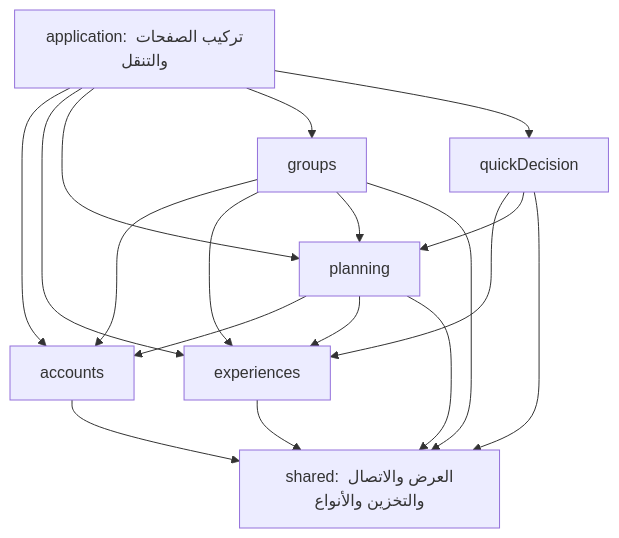
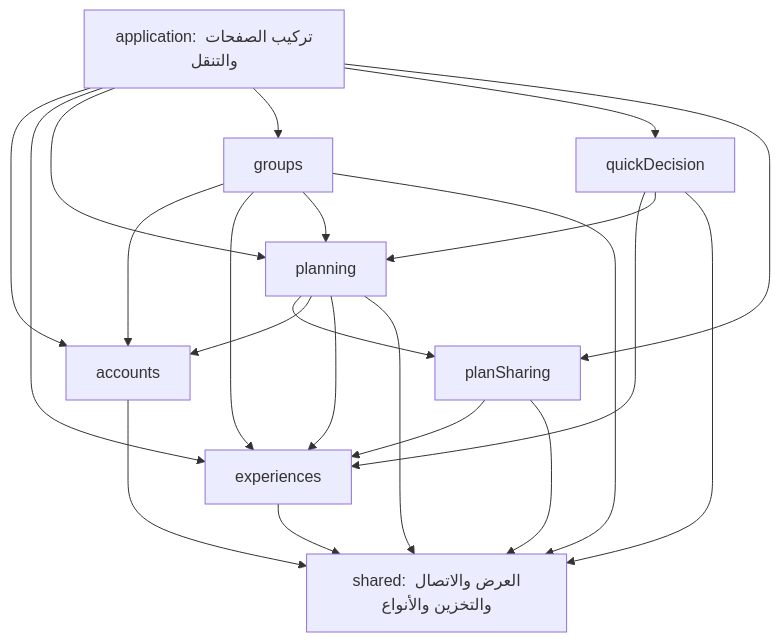
Before and after one commit to shathaaa1110-arch/hatim-app: the second of 2 diagrams in docs/architecture-modules.ar.md, drawn with Mermaid. The commit also changed other lines of this file and 55 other files, not shown here.

````diff
--- a/docs/architecture-modules.ar.md
+++ b/docs/architecture-modules.ar.md
@@ -71,20 +77,24 @@
 ```mermaid
 flowchart TD
     App[application: تركيب الصفحات والتنقل] --> A[accounts]
     App --> E[experiences]
     App --> P[planning]
     App --> G[groups]
     App --> Q[quickDecision]
+    App --> PS[planSharing]
+    P --> PS
+    PS --> E
+    PS --> S
     Q --> E
     Q --> P
     Q --> S
     G --> A
     G --> E
     G --> P
     P --> A
     P --> E
     A --> S[shared: العرض والاتصال والتخزين والأنواع]
     E --> S
     P --> S
     G --> S
 ```
````
